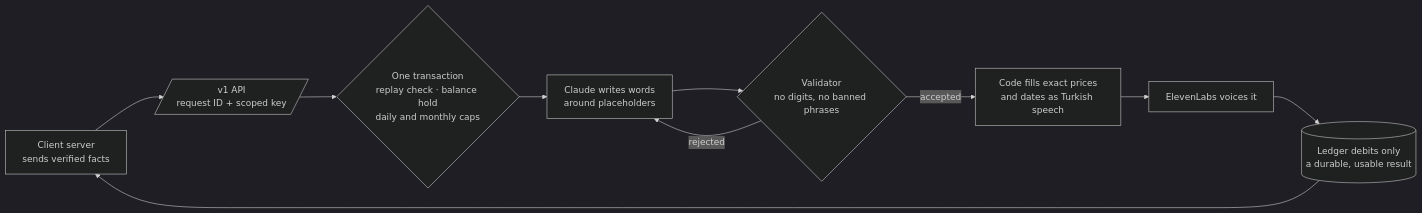
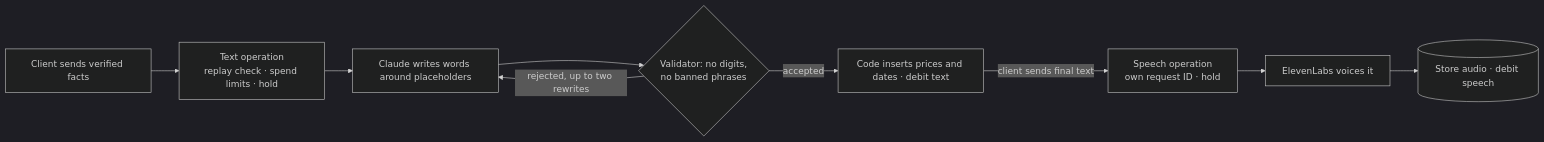
One commit to berkaybakac/tellal-case-study changed the diagram in README.md. Above: the diagram before and after it, drawn with Mermaid (dark theme). The commit also changed other lines of this file, not shown here.

First line of the commit message:
Present Tellal as an AI gateway for paid LLM and speech calls

````diff
--- a/README.md
+++ b/README.md
@@ -29,12 +29,11 @@
 ```mermaid
 flowchart LR
-  C[Client server<br/>sends verified facts] --> A[/v1 API<br/>request ID + scoped key/]
-  A --> T{One transaction<br/>replay check · balance hold<br/>daily and monthly caps}
-  T --> L[Claude writes words<br/>around placeholders]
-  L --> V{Validator<br/>no digits, no banned phrases}
-  V -- rejected --> L
-  V -- accepted --> S[Code fills exact prices<br/>and dates as Turkish speech]
-  S --> E[ElevenLabs voices it]
-  E --> D[(Ledger debits only<br/>a durable, usable result)]
-  D --> C
+  C["Client sends verified facts"] --> T["Text operation<br/>replay check · spend limits · hold"]
+  T --> L["Claude writes words around placeholders"]
+  L --> V{"Validator: no digits,<br/>no banned phrases"}
+  V -- "rejected, up to two rewrites" --> L
+  V -- accepted --> D["Code inserts prices and dates · debit text"]
+  D -- client sends final text --> S["Speech operation<br/>own request ID · hold"]
+  S --> E["ElevenLabs voices it"]
+  E --> A[("Store audio · debit speech")]
 ```
````
